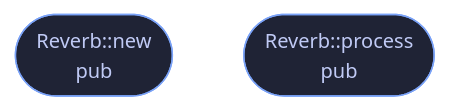
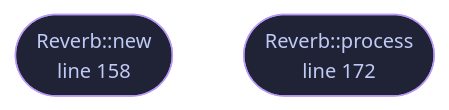
The diagram in docs/files/veilvoice-core/effects.md (tilas01/veilvoice), drawn with Mermaid before and after one commit. The commit also changed other lines of this file and 182 other files, not shown here.

````diff
--- a/docs/files/veilvoice-core/effects.md
+++ b/docs/files/veilvoice-core/effects.md
@@ -77,12 +100,16 @@
 ```mermaid
 %%{init: {"theme":"base","themeVariables":{"background":"#1a1b26","primaryColor":"#1f2335","primaryTextColor":"#c0caf5","primaryBorderColor":"#7aa2f7","secondaryColor":"#16161e","tertiaryColor":"#16161e","lineColor":"#737aa2","textColor":"#c0caf5","mainBkg":"#1f2335","nodeBorder":"#7aa2f7","clusterBkg":"#16161e","clusterBorder":"#2f3549","fontFamily":"ui-monospace, SFMono-Regular, Consolas, monospace","fontSize":"14px"}}}%%
 flowchart TD
-    n_new(["SoftClip::new<br/>pub"])
-    n_process(["SoftClip::process<br/>pub"])
-    n_new["DelayVoice::new"]
-    n_process["DelayVoice::process"]
-    n_new(["Chorus::new<br/>pub"])
-    n_process(["Chorus::process<br/>pub"])
-    n_new(["Reverb::new<br/>pub"])
-    n_process(["Reverb::process<br/>pub"])
+    n_new(["SoftClip::new<br/>line 58"])
+    n_process(["SoftClip::process<br/>line 67"])
+    n_new["DelayVoice::new<br/>line 85"]
+    n_process["DelayVoice::process<br/>line 99"]
+    n_new(["Chorus::new<br/>line 122"])
+    n_process(["Chorus::process<br/>line 135"])
+    n_new(["Reverb::new<br/>line 158"])
+    n_process(["Reverb::process<br/>line 172"])
+    classDef entry fill:#1f2335,stroke:#7aa2f7,color:#c0caf5
+    class n_new,n_process,n_new,n_process,n_new,n_process entry
+    classDef helper fill:#1f2335,stroke:#bb9af7,color:#c0caf5
+    class n_new,n_process helper
 ```
````
